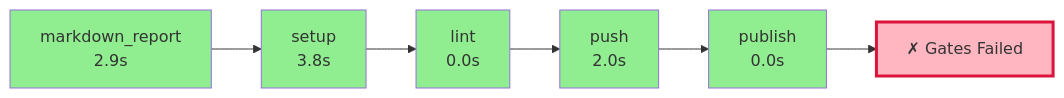
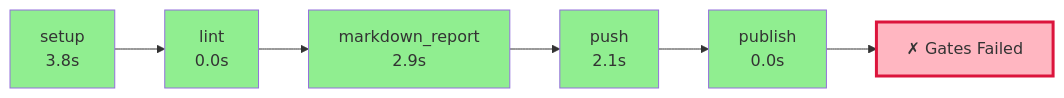
One commit to wronai/fixos changed the diagram in .pyqual/report.md. Above: the diagram before and after it, drawn with Mermaid. The commit also changed other lines of this file and 2 other files, not shown here.

Commit message:
chore: pyqual auto-commit [skip ci]

````diff
--- a/.pyqual/report.md
+++ b/.pyqual/report.md
@@ -10,20 +10,20 @@
 ```mermaid
 flowchart LR
-    S0["markdown_report<br/>2.9s"]
+    S0["setup<br/>3.8s"]
     style S0 fill:#90EE90
-    S1["setup<br/>3.8s"]
+    S1["lint<br/>0.0s"]
     style S1 fill:#90EE90
     S0 --> S1
-    S2["lint<br/>0.0s"]
+    S2["markdown_report<br/>2.9s"]
     style S2 fill:#90EE90
     S1 --> S2
-    S3["push<br/>2.0s"]
+    S3["push<br/>2.1s"]
     style S3 fill:#90EE90
     S2 --> S3
     S4["publish<br/>0.0s"]
     style S4 fill:#90EE90
     S3 --> S4
     G["✗ Gates Failed"]
     style G fill:#FFB6C1,stroke:#DC143C,stroke-width:3px
     S4 --> G
 ```
````
